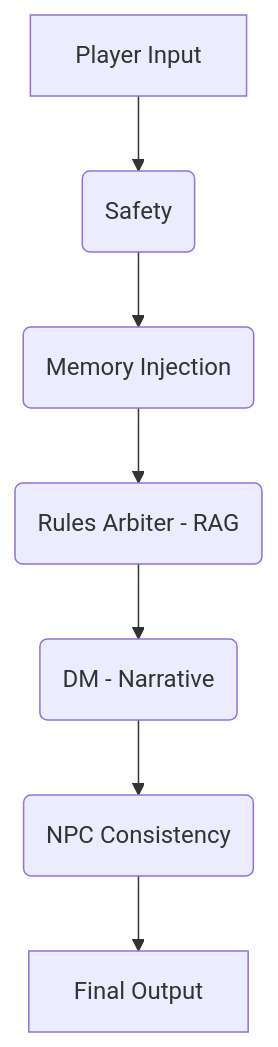
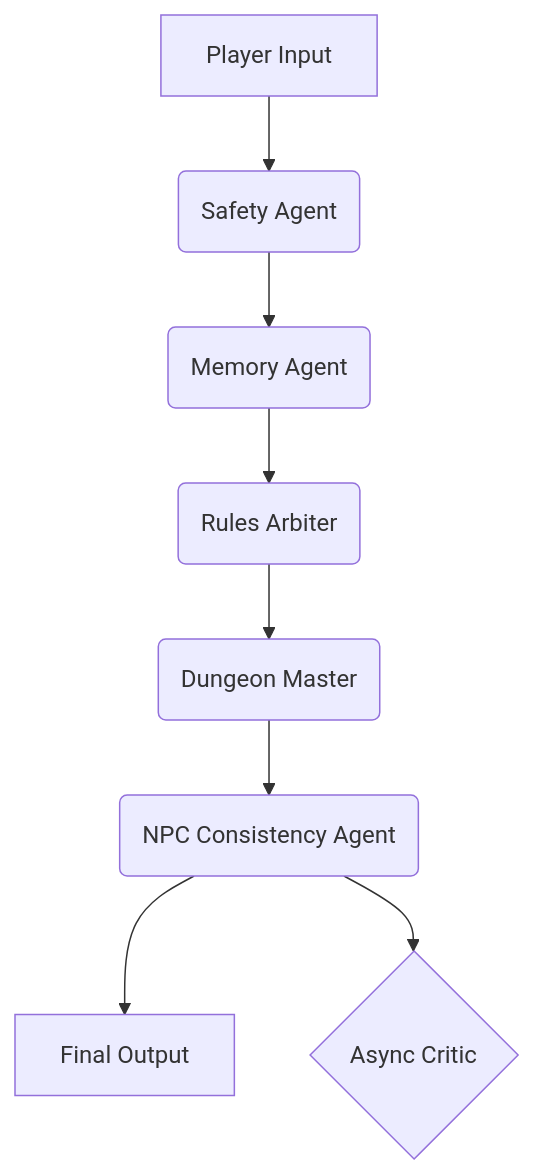
One commit to jandyyyy39/RAGnarok changed the first of 2 diagrams in README_SPEAR.md. Above: the diagram before and after it, drawn with Mermaid. The commit also changed other lines of this file and 19 other files, not shown here.

````diff
--- a/README_SPEAR.md
+++ b/README_SPEAR.md
@@ -11,9 +11,10 @@
 ```mermaid
 graph TD
-    A[Player Input] --> B(Safety);
-    B --> C(Memory Injection);
-    C --> D(Rules Arbiter - RAG);
-    D --> E(DM - Narrative);
-    E --> F(NPC Consistency);
+    A[Player Input] --> B(Safety Agent);
+    B --> C(Memory Agent);
+    C --> D(Rules Arbiter);
+    D --> E(Dungeon Master);
+    E --> F(NPC Consistency Agent);
     F --> G[Final Output];
+    F --> H{Async Critic};
 ```
````
